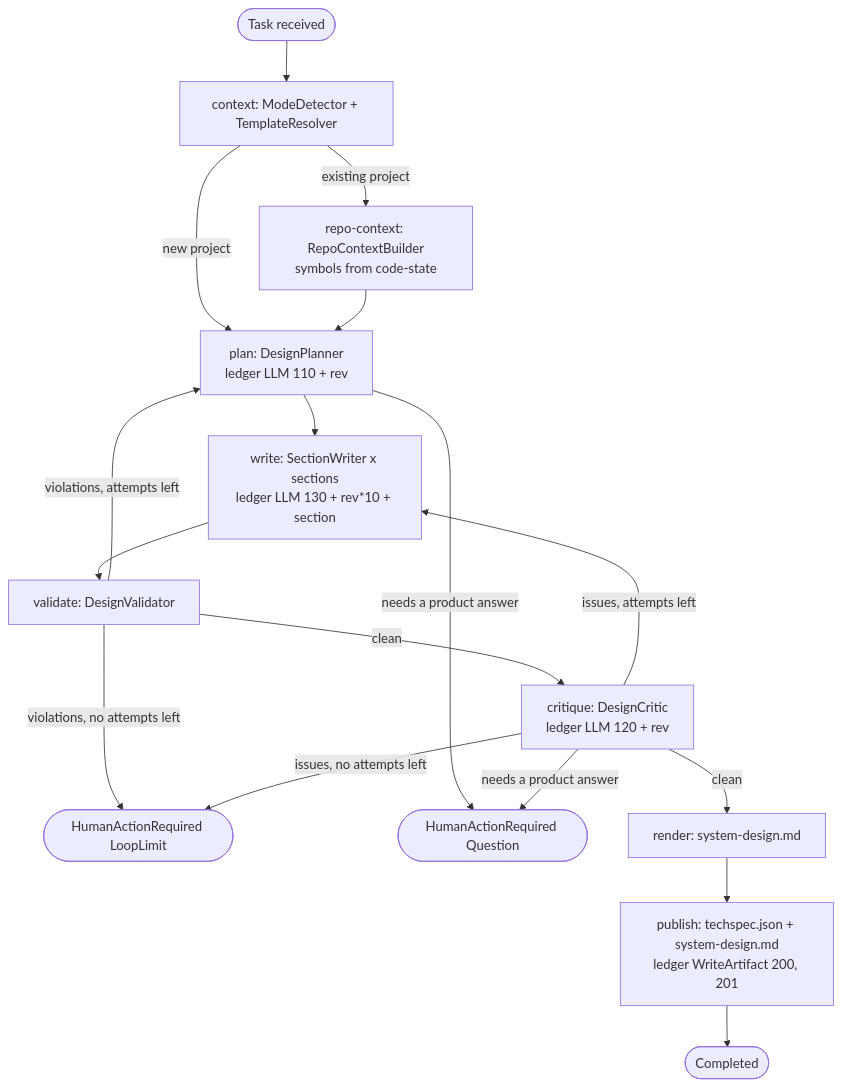
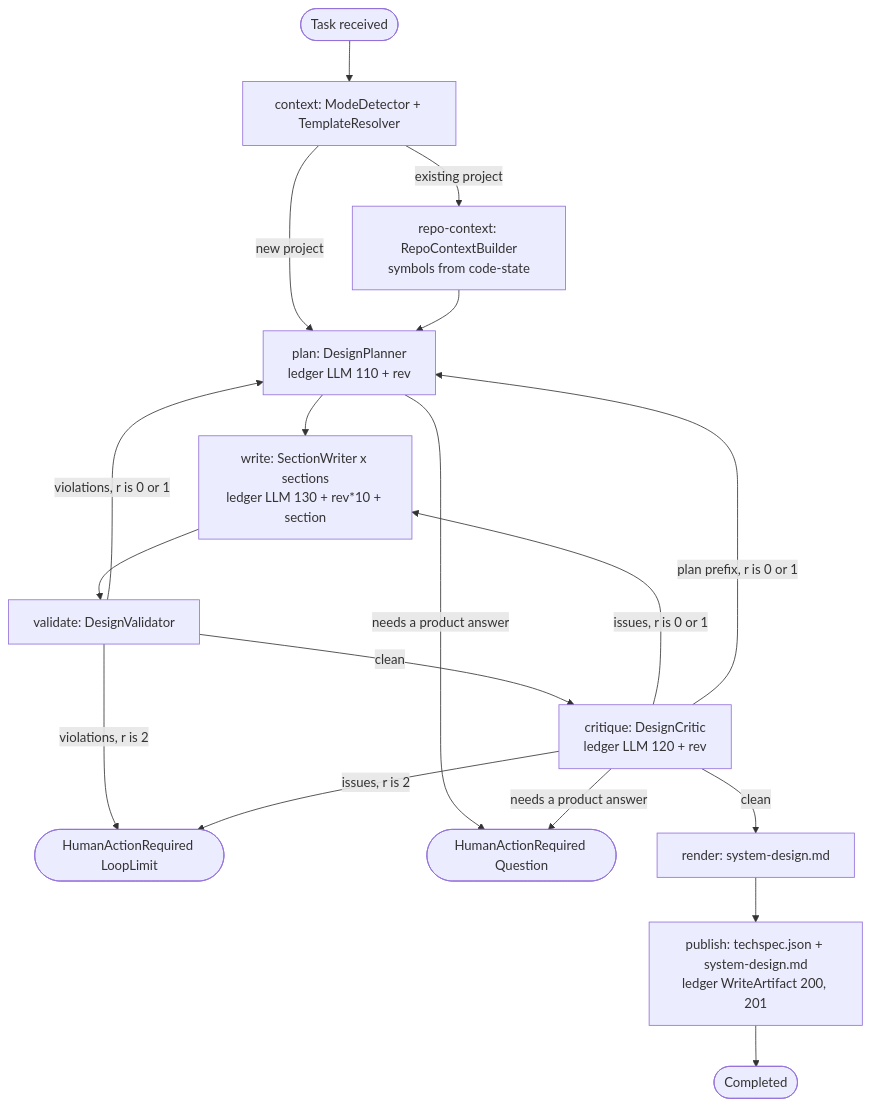
Before and after one commit to badrusiddique/agent-sdlc: the sixth of 19 diagrams in docs/OCT 7, 2026/phase-0-implementation-guide.md, drawn with Mermaid. The commit also changed other lines of this file and 1 other file, not shown here.

````diff
--- a/docs/OCT 7, 2026/phase-0-implementation-guide.md
+++ b/docs/OCT 7, 2026/phase-0-implementation-guide.md
@@ -704,19 +707,20 @@
 ```mermaid
 flowchart TD
     S([Task received]) --> C[context: ModeDetector + TemplateResolver]
     C -->|existing project| RC[repo-context: RepoContextBuilder<br/>symbols from code-state]
     C -->|new project| PL
     RC --> PL[plan: DesignPlanner<br/>ledger LLM 110 + rev]
     PL --> WR[write: SectionWriter x sections<br/>ledger LLM 130 + rev*10 + section]
     WR --> V[validate: DesignValidator]
-    V -->|violations, attempts left| PL
-    V -->|violations, no attempts left| LL([HumanActionRequired LoopLimit])
+    V -->|violations, r is 0 or 1| PL
+    V -->|violations, r is 2| LL([HumanActionRequired LoopLimit])
     V -->|clean| CR[critique: DesignCritic<br/>ledger LLM 120 + rev]
-    CR -->|issues, attempts left| WR
-    CR -->|issues, no attempts left| LL
+    CR -->|issues, r is 0 or 1| WR
+    CR -->|plan prefix, r is 0 or 1| PL
+    CR -->|issues, r is 2| LL
     PL -->|needs a product answer| Q([HumanActionRequired Question])
     CR -->|needs a product answer| Q
     CR -->|clean| RN[render: system-design.md]
     RN --> P[publish: techspec.json + system-design.md<br/>ledger WriteArtifact 200, 201]
     P --> D([Completed])
 ```
````
